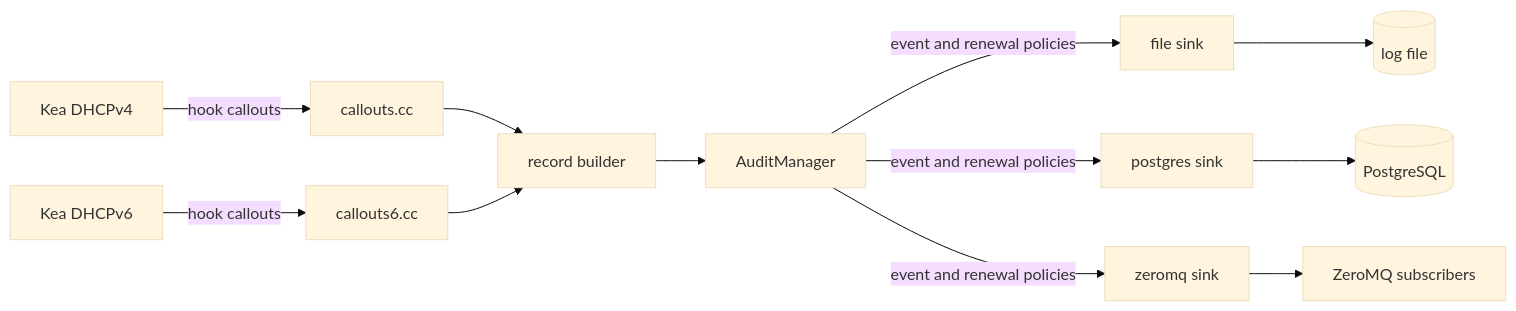
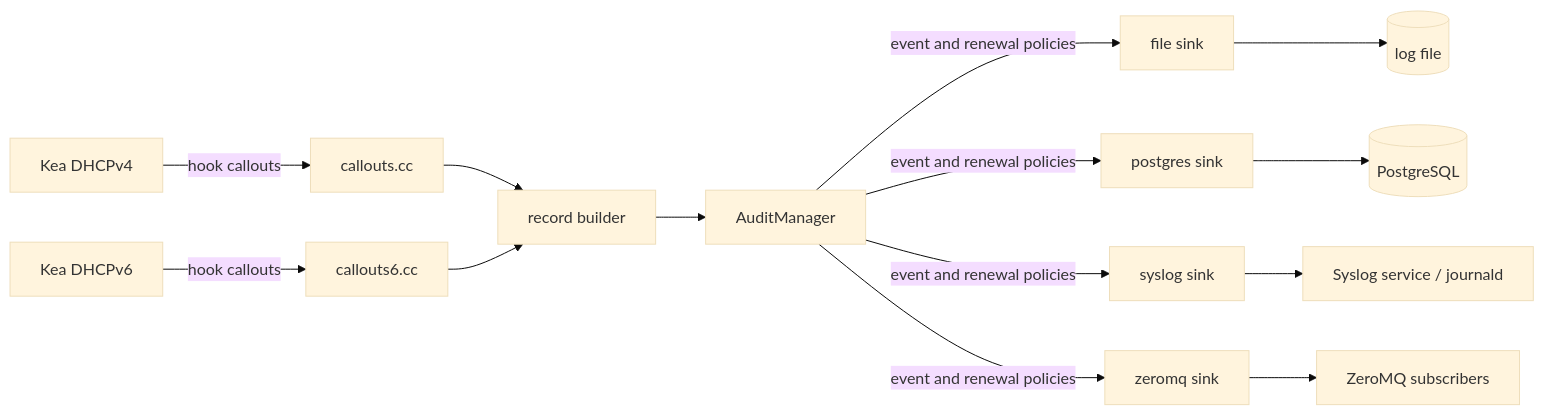
Before and after one commit to solvationab/KeaLogHook: the diagram in README.md, drawn with Mermaid (base theme). The commit also changed other lines of this file and 2 other files, not shown here.

Commit message:
Update documentation to include syslog sink; enhance CLI tools section and clarify sink options

````diff
--- a/README.md
+++ b/README.md
@@ -39,14 +39,16 @@
 ```mermaid
 flowchart LR
     K[Kea DHCPv4] -->|hook callouts| C[callouts.cc]
     K6[Kea DHCPv6] -->|hook callouts| C6[callouts6.cc]
     C --> B[record builder]
     C6 --> B
     B --> M[AuditManager]
     M -->|event and renewal policies| S1[file sink]
     M -->|event and renewal policies| S2[postgres sink]
-    M -->|event and renewal policies| S3[zeromq sink]
+    M -->|event and renewal policies| S3[syslog sink]
+    M -->|event and renewal policies| S4[zeromq sink]
     S1 --> F[(log file)]
     S2 --> P[(PostgreSQL)]
-    S3 --> Z[ZeroMQ subscribers]
+    S3 --> L[Syslog service / journald]
+    S4 --> Z[ZeroMQ subscribers]
 ```
````
